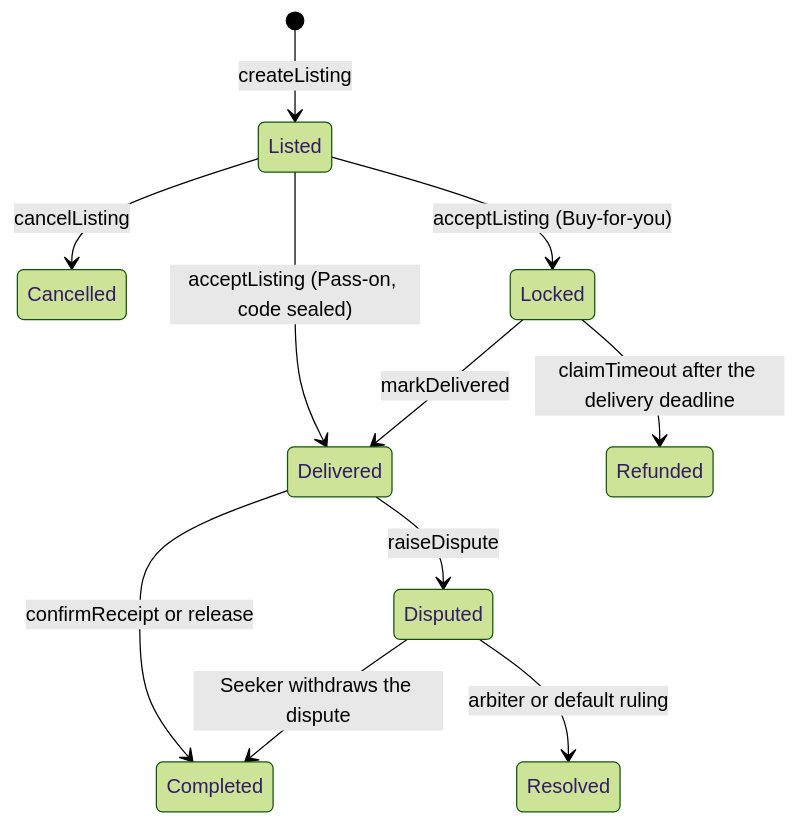
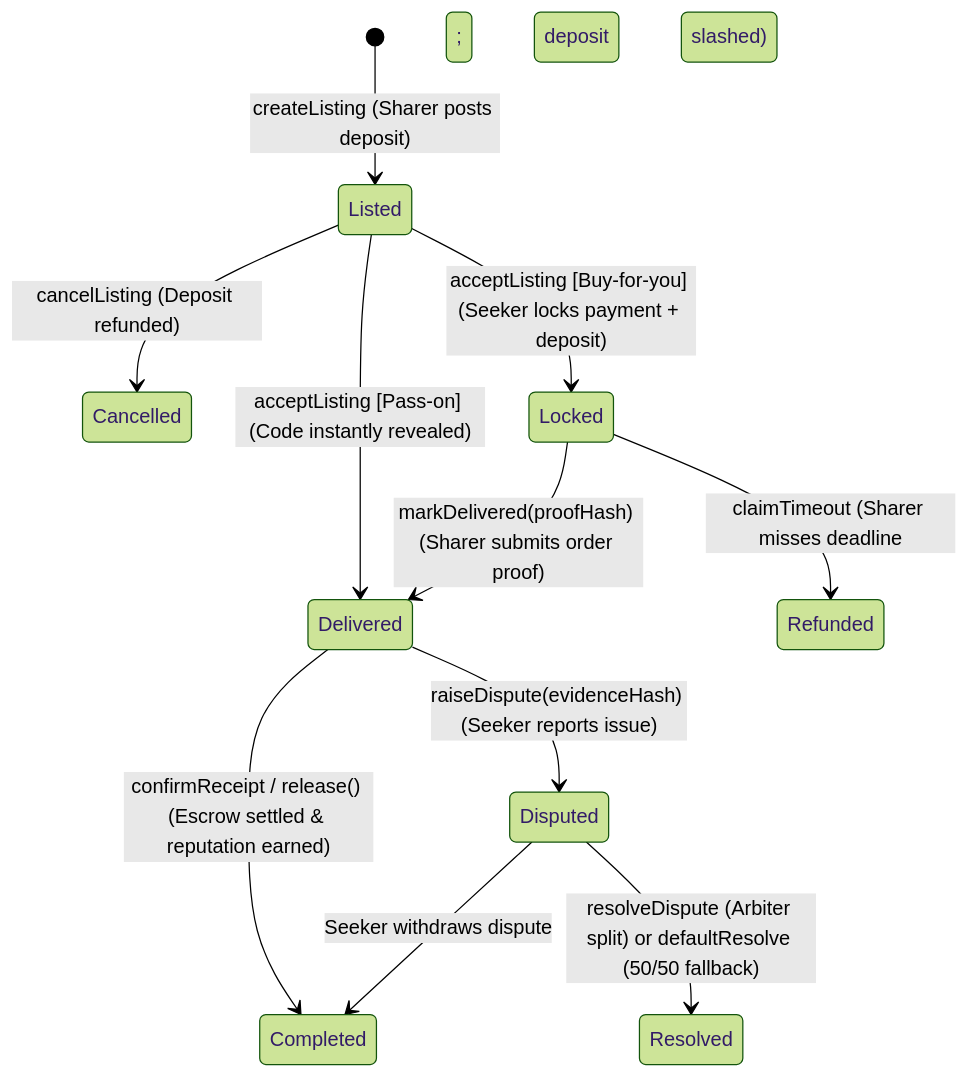
The second of 3 diagrams in README.md (Atharvchaskar008/RewardRelay), drawn with Mermaid (forest theme) before and after one commit. The commit also changed other lines of this file, not shown here.

````diff
--- a/README.md
+++ b/README.md
@@ -84,13 +120,13 @@
 ```mermaid
 stateDiagram-v2
-    [*] --> Listed: createListing
-    Listed --> Cancelled: cancelListing
-    Listed --> Locked: acceptListing (Buy-for-you)
-    Listed --> Delivered: acceptListing (Pass-on, code sealed)
-    Locked --> Delivered: markDelivered
-    Locked --> Refunded: claimTimeout after the delivery deadline
-    Delivered --> Completed: confirmReceipt or release
-    Delivered --> Disputed: raiseDispute
-    Disputed --> Completed: Seeker withdraws the dispute
-    Disputed --> Resolved: arbiter or default ruling
+    [*] --> Listed: createListing (Sharer posts deposit)
+    Listed --> Cancelled: cancelListing (Deposit refunded)
+    Listed --> Locked: acceptListing [Buy-for-you] (Seeker locks payment + deposit)
+    Listed --> Delivered: acceptListing [Pass-on] (Code instantly revealed)
+    Locked --> Delivered: markDelivered(proofHash) (Sharer submits order proof)
+    Locked --> Refunded: claimTimeout (Sharer misses deadline; deposit slashed)
+    Delivered --> Completed: confirmReceipt / release() (Escrow settled & reputation earned)
+    Delivered --> Disputed: raiseDispute(evidenceHash) (Seeker reports issue)
+    Disputed --> Completed: Seeker withdraws dispute
+    Disputed --> Resolved: resolveDispute (Arbiter split) or defaultResolve (50/50 fallback)
 ```
````
